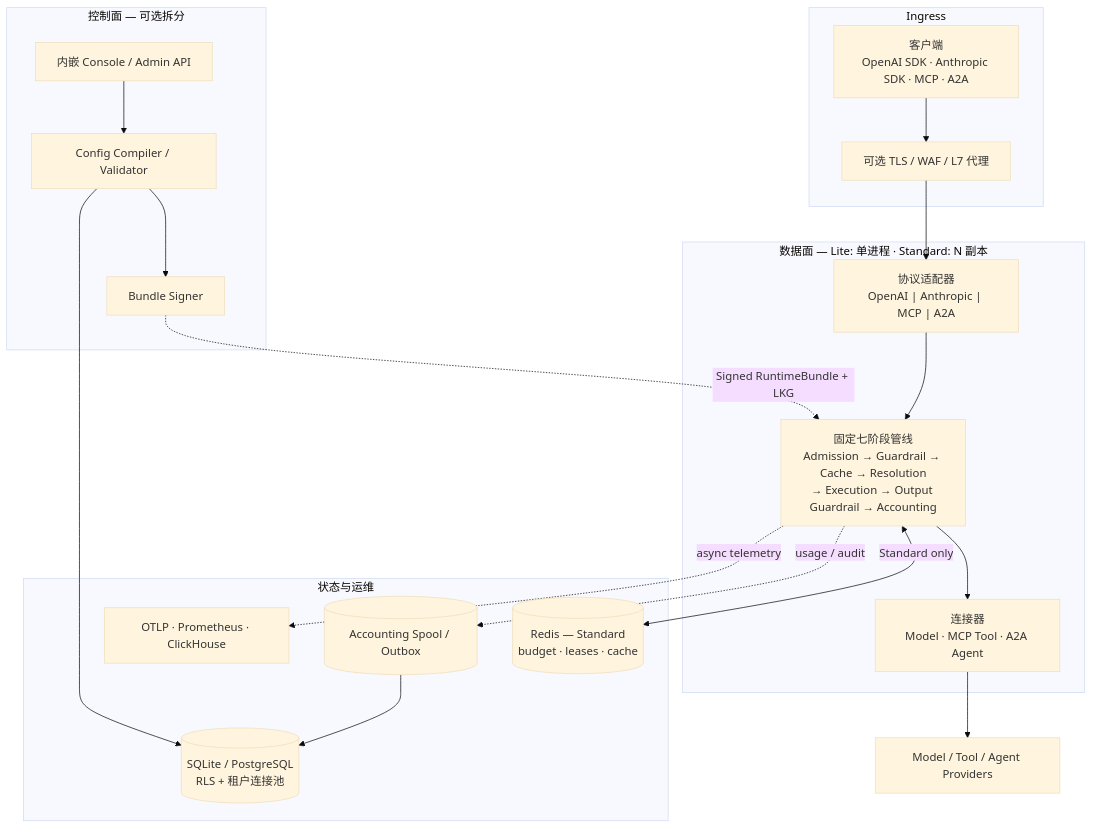
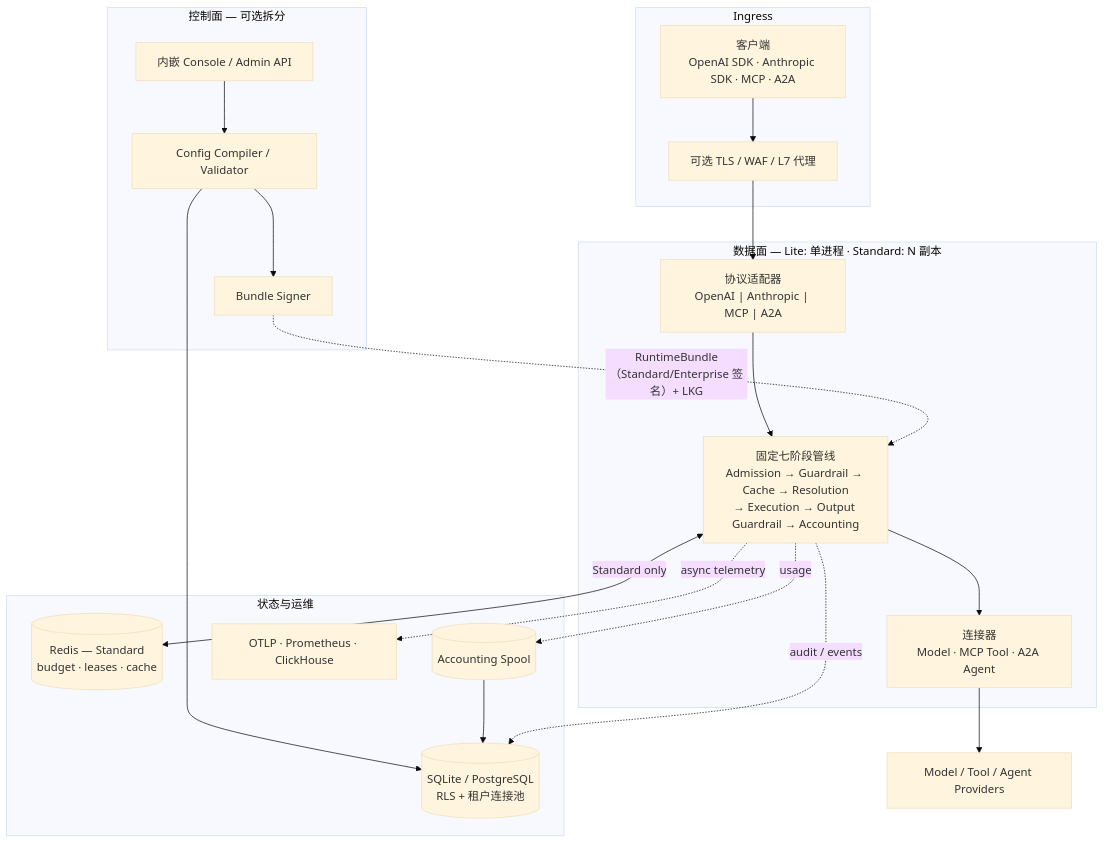
One commit to F31/liteAIG changed the diagram in README.zh-CN.md. Above: the diagram before and after it, drawn with Mermaid (base theme). The commit also changed other lines of this file and 1 other file, not shown here.

Commit message:
docs: align architecture diagram with runtime behavior
- qualify RuntimeBundle signing for Standard/Enterprise versus Lite\n- separate usage spool from audit/event DB persistence\n- keep the compact ingress, control-plane, data-plane and state view

````diff
--- a/README.zh-CN.md
+++ b/README.zh-CN.md
@@ -114,38 +114,39 @@
 ```mermaid
 flowchart TB
   subgraph EDGE["Ingress"]
     C["客户端<br/>OpenAI SDK · Anthropic SDK · MCP · A2A"]
     FP["可选 TLS / WAF / L7 代理"]
   end
 
   subgraph CP["控制面 — 可选拆分"]
     UI["内嵌 Console / Admin API"]
     CFG["Config Compiler / Validator"]
     SIGN["Bundle Signer"]
   end
 
   subgraph DP["数据面 — Lite: 单进程 · Standard: N 副本"]
     AD["协议适配器<br/>OpenAI | Anthropic | MCP | A2A"]
     PIPE["固定七阶段管线<br/>Admission → Guardrail → Cache → Resolution<br/>→ Execution → Output Guardrail → Accounting"]
     CONN["连接器<br/>Model · MCP Tool · A2A Agent"]
   end
 
   subgraph STATE["状态与运维"]
     DB[(SQLite / PostgreSQL<br/>RLS + 租户连接池)]
     RD[(Redis — Standard<br/>budget · leases · cache)]
-    SPOOL[(Accounting Spool / Outbox)]
+    SPOOL[(Accounting Spool)]
     OBS["OTLP · Prometheus · ClickHouse"]
   end
 
   C --> FP --> AD --> PIPE --> CONN
   CONN --> UP["Model / Tool / Agent Providers"]
 
   UI --> CFG --> SIGN
-  SIGN -.->|Signed RuntimeBundle + LKG| PIPE
+  SIGN -.->|RuntimeBundle（Standard/Enterprise 签名）+ LKG| PIPE
   CFG --> DB
 
   PIPE <-->|Standard only| RD
-  PIPE -.->|usage / audit| SPOOL
+  PIPE -.->|usage| SPOOL
   SPOOL --> DB
+  PIPE -.->|audit / events| DB
   PIPE -.->|async telemetry| OBS
 ```
````
